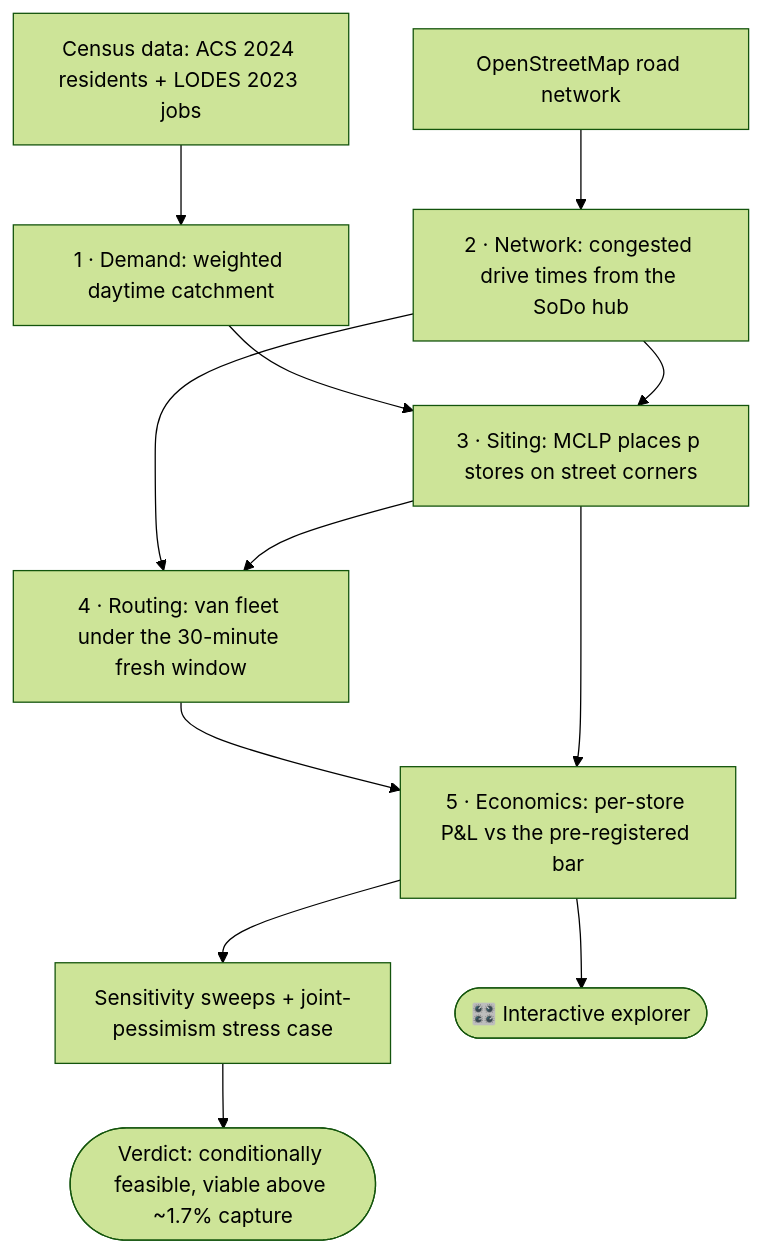
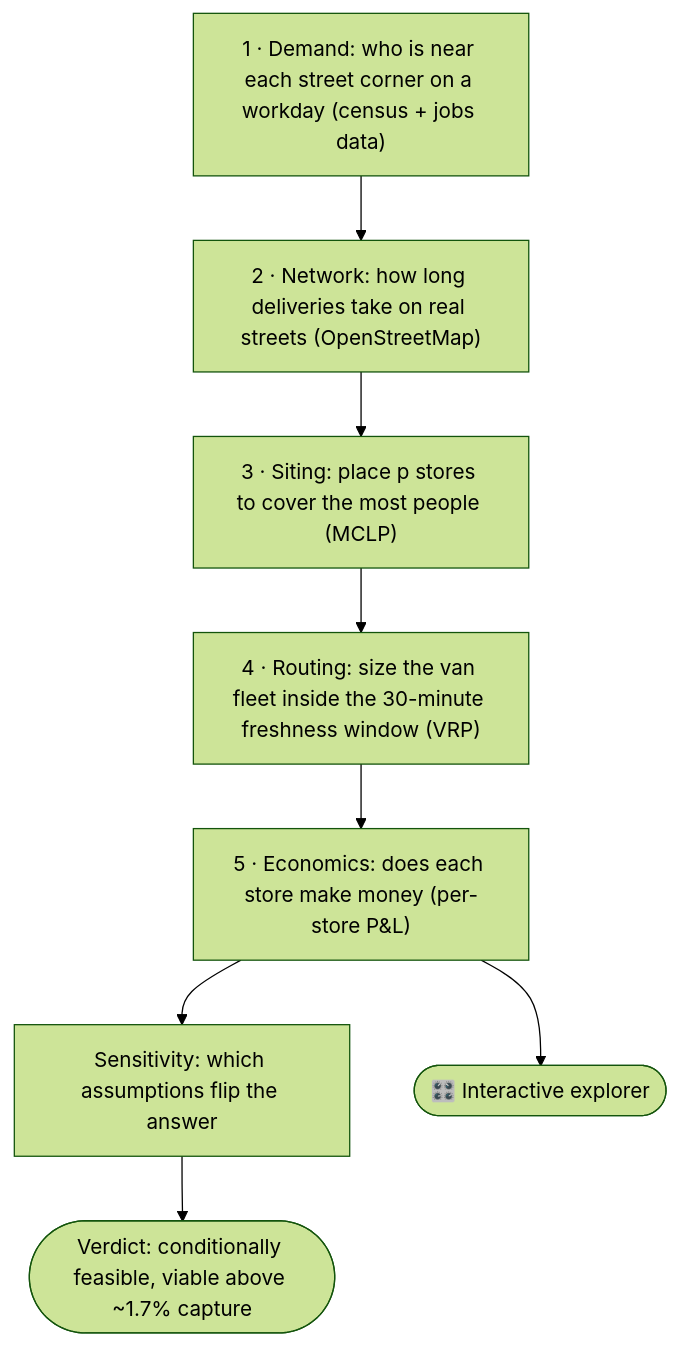
Before and after one commit to benjaminottewell/SEATTLE_FRESH_NETWORK: the diagram in README.md, drawn with Mermaid (forest theme).

Commit message:
Simplify the pipeline diagram to a plain-English spine
Cross-dependency arrows and jargon-first labels fought the 5-second
read. Each phase now leads with the question it answers; the technical
name rides in parentheses; the chain is linear like the narrative.

````diff
--- a/README.md
+++ b/README.md
@@ -95,14 +95,12 @@
 ```mermaid
 flowchart TD
-    census["Census data: ACS 2024 residents + LODES 2023 jobs"] --> demand
-    osm["OpenStreetMap road network"] --> network
-    demand["1 · Demand: weighted daytime catchment"] --> siting
-    network["2 · Network: congested drive times from the SoDo hub"] --> siting
-    network --> routing
-    siting["3 · Siting: MCLP places p stores on street corners"] --> routing
-    routing["4 · Routing: van fleet under the 30-minute fresh window"] --> econ
-    siting --> econ
-    econ["5 · Economics: per-store P&L vs the pre-registered bar"] --> sens
-    sens["Sensitivity sweeps + joint-pessimism stress case"] --> verdict(["Verdict: conditionally feasible, viable above ~1.7% capture"])
+    demand["1 · Demand: who is near each street corner on a workday (census + jobs data)"]
+    network["2 · Network: how long deliveries take on real streets (OpenStreetMap)"]
+    siting["3 · Siting: place p stores to cover the most people (MCLP)"]
+    routing["4 · Routing: size the van fleet inside the 30-minute freshness window (VRP)"]
+    econ["5 · Economics: does each store make money (per-store P&L)"]
+    sens["Sensitivity: which assumptions flip the answer"]
+    demand --> network --> siting --> routing --> econ --> sens
+    sens --> verdict(["Verdict: conditionally feasible, viable above ~1.7% capture"])
     econ --> app(["🎛️ Interactive explorer"])
 ```
````
